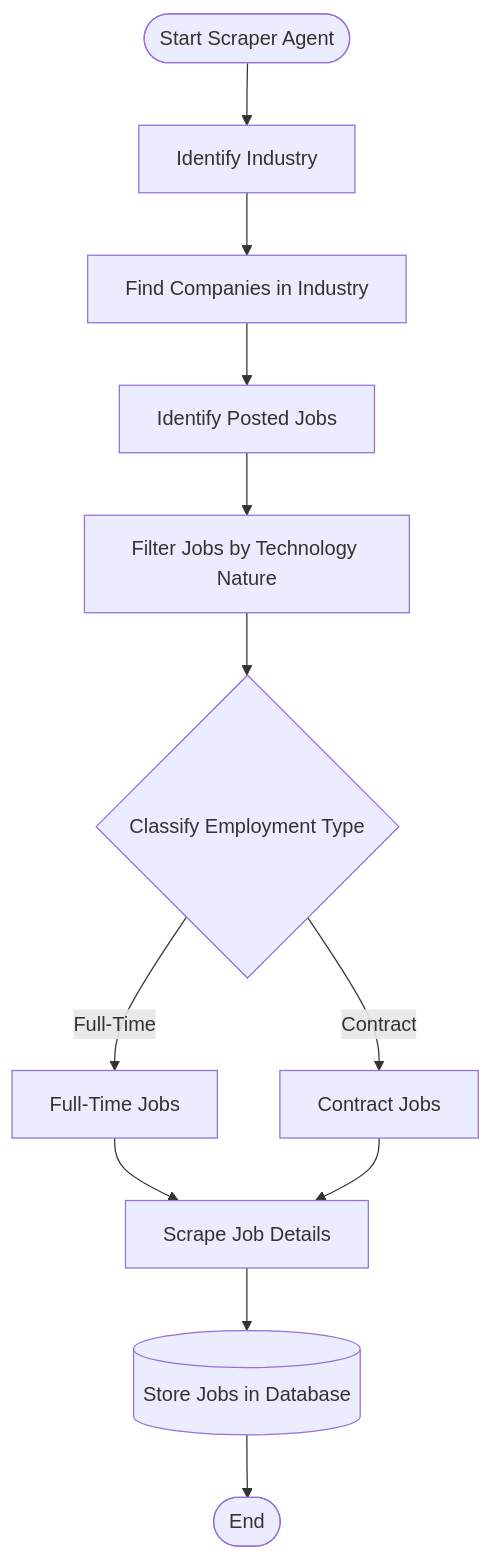
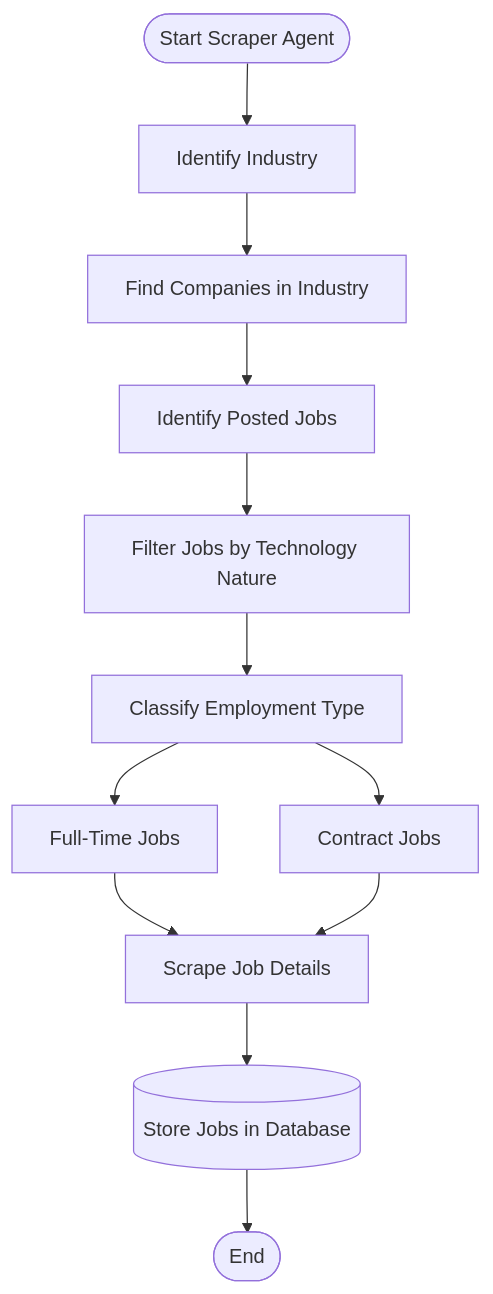
The diagram in README.md (vasimkk/Job_Scraper_Python), drawn with Mermaid before and after one commit. The commit also changed other lines of this file and 25 other files, not shown here.

````diff
--- a/README.md
+++ b/README.md
@@ -11,14 +11,14 @@
 ```mermaid
 flowchart TD
     Start([Start Scraper Agent]) --> IdentifyIndustry[Identify Industry]
     IdentifyIndustry --> FindCompanies[Find Companies in Industry]
     FindCompanies --> IdentifyJobs[Identify Posted Jobs]
     IdentifyJobs --> FilterTech[Filter Jobs by Technology Nature]
-    FilterTech --> ClassifyEmp{Classify Employment Type}
-    ClassifyEmp -->|Full-Time| FTE[Full-Time Jobs]
-    ClassifyEmp -->|Contract| Contract[Contract Jobs]
+    FilterTech --> ClassifyEmp[Classify Employment Type]
+    ClassifyEmp --> FTE[Full-Time Jobs]
+    ClassifyEmp --> Contract[Contract Jobs]
     FTE --> ScrapeDetails[Scrape Job Details]
     Contract --> ScrapeDetails
     ScrapeDetails --> StoreDB[(Store Jobs in Database)]
     StoreDB --> EndNode([End])
 ```
````
